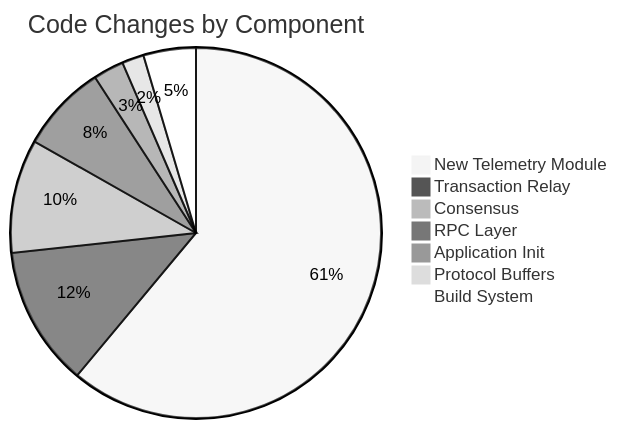
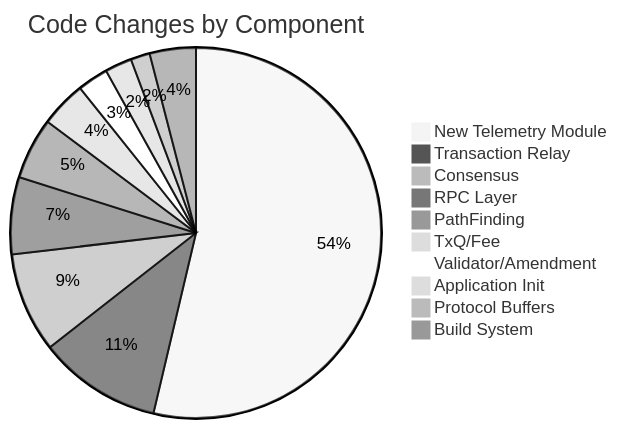
One commit to XRPLF/rippled changed the fifth of 6 diagrams in OpenTelemetryPlan/03-implementation-strategy.md. Above: the diagram before and after it, drawn with Mermaid (neutral theme). The commit also changed other lines of this file and 12 other files, not shown here.

````diff
--- a/OpenTelemetryPlan/03-implementation-strategy.md
+++ b/OpenTelemetryPlan/03-implementation-strategy.md
@@ -304,10 +367,13 @@
 ```mermaid
 pie title Code Changes by Component
     "New Telemetry Module" : 800
     "Transaction Relay" : 160
     "Consensus" : 130
     "RPC Layer" : 100
+    "PathFinding" : 80
+    "TxQ/Fee" : 60
+    "Validator/Amendment" : 40
     "Application Init" : 35
     "Protocol Buffers" : 25
     "Build System" : 60
 ```
````
